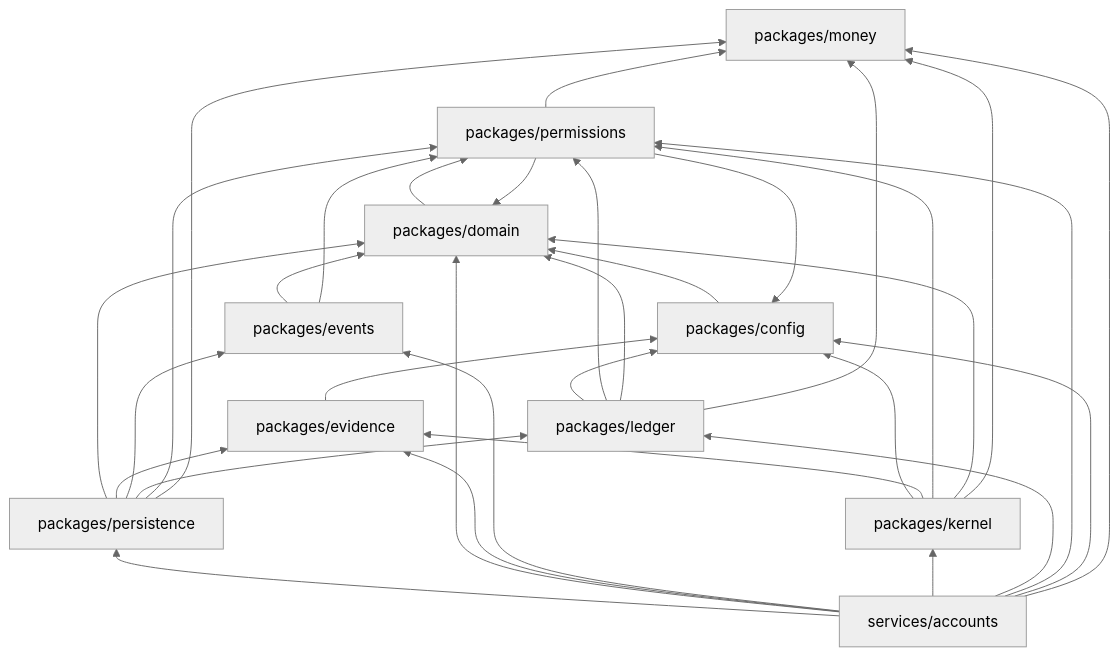
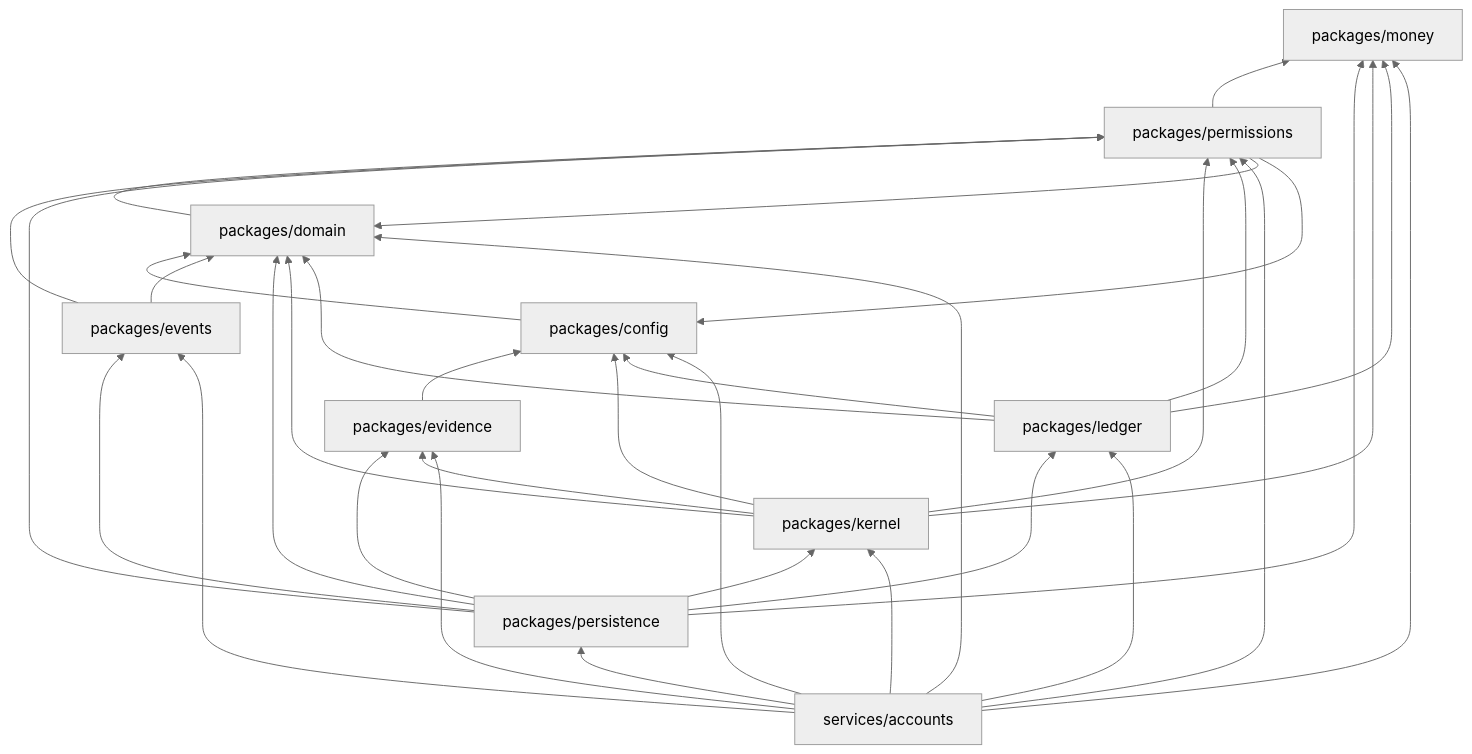
One commit to reyesnick54/solstice changed the second of 2 diagrams in docs/architecture/constitution.md. Above: the diagram before and after it, drawn with Mermaid (neutral theme). The commit also changed other lines of this file and 57 other files, not shown here.

````diff
--- a/docs/architecture/constitution.md
+++ b/docs/architecture/constitution.md
@@ -304,46 +307,47 @@
 ```mermaid
 flowchart BT
   money["packages/money"]
   config["packages/config"]
   domain["packages/domain"]
   events["packages/events"]
   evidence["packages/evidence"]
   permissions["packages/permissions"]
   kernel["packages/kernel"]
   ledger["packages/ledger"]
   accounts["services/accounts"]
 
   config --> domain
   domain --> permissions
   permissions --> domain
   permissions --> money
   permissions --> config
   events --> domain
   events --> permissions
   persistence["packages/persistence"]
   persistence --> domain
   persistence --> evidence
   persistence --> events
   persistence --> ledger
   persistence --> permissions
   persistence --> money
+  persistence --> kernel
   accounts --> persistence
   evidence --> config
   kernel --> config
   kernel --> evidence
   kernel --> permissions
   kernel --> domain
   kernel --> money
   ledger --> config
   ledger --> permissions
   ledger --> domain
   ledger --> money
   accounts --> domain
   accounts --> evidence
   accounts --> events
   accounts --> kernel
   accounts --> ledger
   accounts --> permissions
   accounts --> config
   accounts --> money
 ```
````
